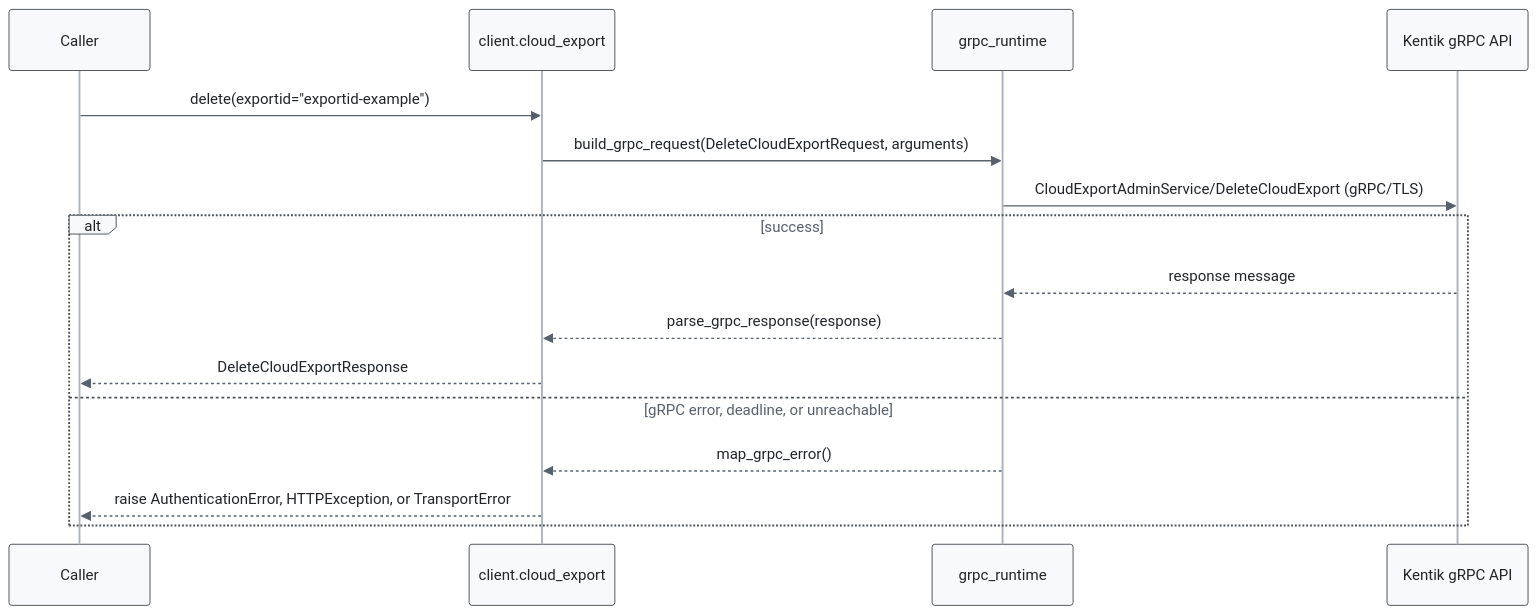
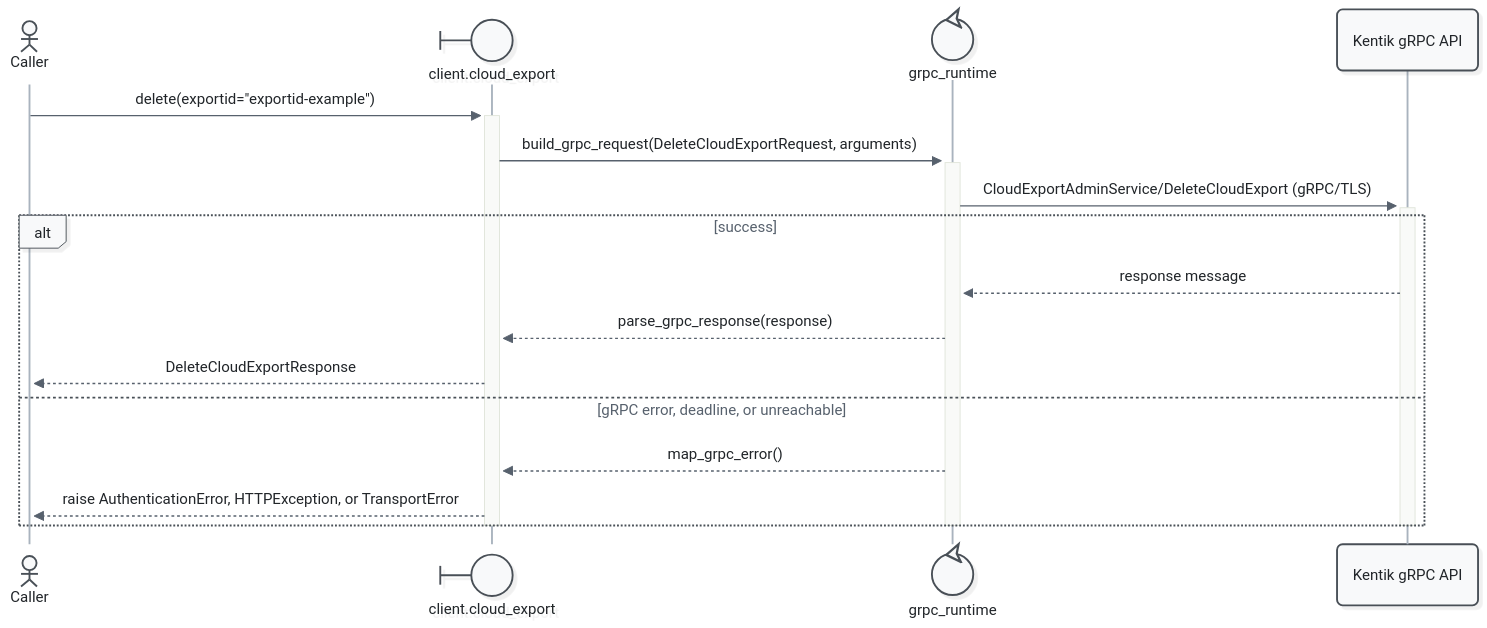
Before and after one commit to alexdearaujo/community_sdk_python: the tenth of 11 diagrams in docs/sphinx/services/cloud_export.md, drawn with Mermaid. The commit also changed other lines of this file and 52 other files, not shown here.

First line of the commit message:
docs: Mermaid 12 sequence diagrams with participant types and path colors

````diff
--- a/docs/sphinx/services/cloud_export.md
+++ b/docs/sphinx/services/cloud_export.md
@@ -365,20 +387,23 @@
 ```mermaid
-%%{init: {"theme": "base", "fontFamily": "ui-monospace, SFMono-Regular, Menlo, monospace", "themeVariables": {"fontFamily": "ui-monospace, SFMono-Regular, Menlo, monospace", "primaryColor": "#f8f9fa", "primaryBorderColor": "#495057", "primaryTextColor": "#212529", "textColor": "#212529", "lineColor": "#77818c", "edgeLabelBackground": "#ffffff", "actorBkg": "#f8f9fa", "actorBorder": "#495057", "actorTextColor": "#212529", "actorLineColor": "#a9b3be", "signalColor": "#57616d", "signalTextColor": "#212529", "labelBoxBkgColor": "#f8f9fa", "labelBoxBorderColor": "#495057", "labelTextColor": "#212529", "loopTextColor": "#57616d", "noteBkgColor": "#fff9db", "noteBorderColor": "#f08c00", "noteTextColor": "#a35a00"}, "flowchart": {"curve": "step", "nodeSpacing": 30, "rankSpacing": 70, "wrappingWidth": 400}}}%%
+%%{init: {"theme": "redux", "look": "neo", "layout": "dagre", "fontFamily": "ui-monospace, SFMono-Regular, Menlo, monospace", "themeVariables": {"fontFamily": "ui-monospace, SFMono-Regular, Menlo, monospace", "primaryColor": "#f8f9fa", "primaryBorderColor": "#495057", "primaryTextColor": "#212529", "textColor": "#212529", "lineColor": "#77818c", "edgeLabelBackground": "#ffffff", "actorBkg": "#f8f9fa", "actorBorder": "#495057", "actorTextColor": "#212529", "actorLineColor": "#a9b3be", "signalColor": "#57616d", "signalTextColor": "#212529", "labelBoxBkgColor": "#f8f9fa", "labelBoxBorderColor": "#495057", "labelTextColor": "#212529", "loopTextColor": "#57616d", "noteBkgColor": "#fff9db", "noteBorderColor": "#f08c00", "noteTextColor": "#a35a00"}, "sequence": {"activationWidth": 16}, "flowchart": {"curve": "step", "nodeSpacing": 30, "rankSpacing": 70, "wrappingWidth": 400}}}%%
 sequenceDiagram
-    participant C as Caller
-    participant W as client.cloud_export
-    participant R as grpc_runtime
+    actor C as Caller
+    participant W@{ "type": "boundary" } as client.cloud_export
+    participant R@{ "type": "control" } as grpc_runtime
     participant API as Kentik gRPC API
 
-    C->>W: delete(exportid="exportid-example")
-    W->>R: build_grpc_request(DeleteCloudExportRequest, arguments)
-    R->>API: CloudExportAdminService/DeleteCloudExport (gRPC/TLS)
+    C->>+W: delete(exportid="exportid-example")
+    W->>+R: build_grpc_request(DeleteCloudExportRequest, arguments)
+    R->>+API: CloudExportAdminService/DeleteCloudExport (gRPC/TLS)
     alt success
         API-->>R: response message
         R-->>W: parse_grpc_response(response)
         W-->>C: DeleteCloudExportResponse
     else gRPC error, deadline, or unreachable
         R-->>W: map_grpc_error()
         W-->>C: raise AuthenticationError, HTTPException, or TransportError
     end
+    deactivate API
+    deactivate R
+    deactivate W
 ```
````
